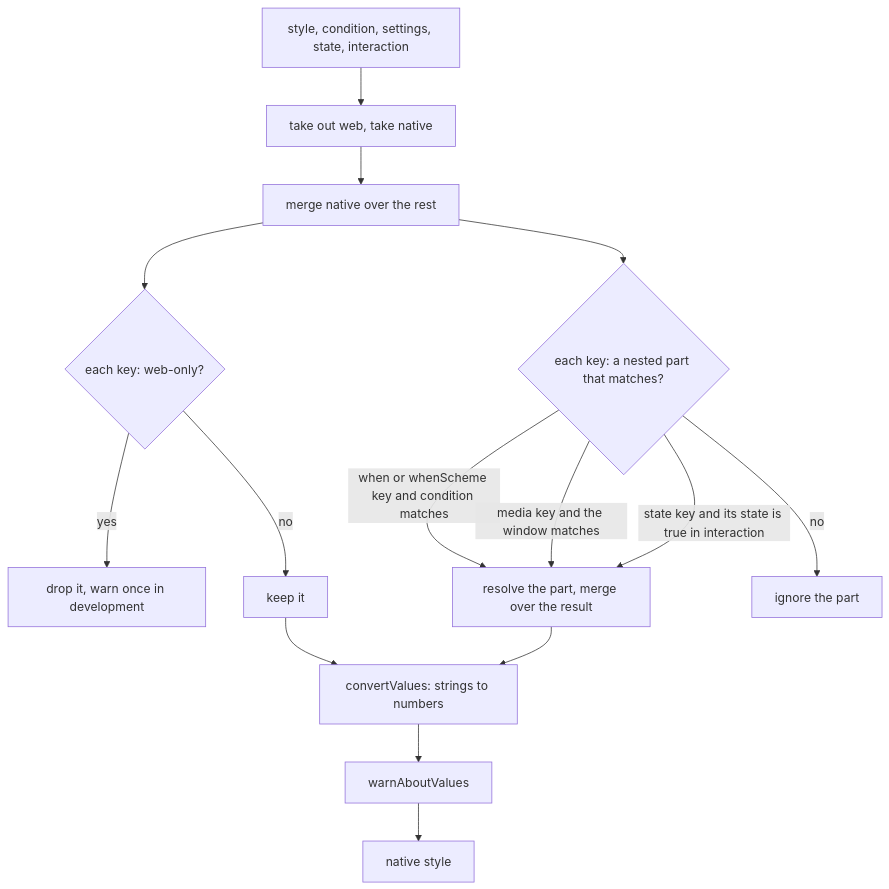
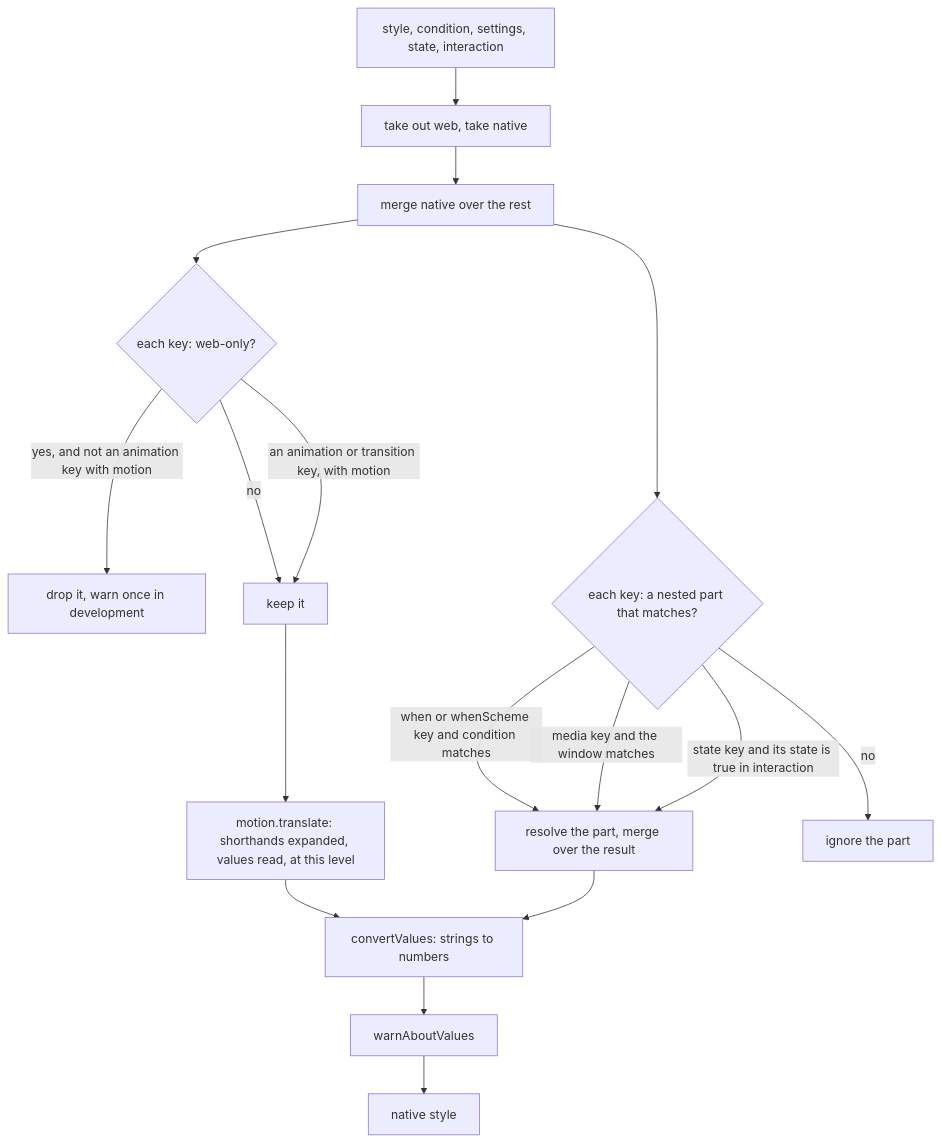
One commit to soroush-tech/umber-style changed the diagram in packages/react-native/src/toNativeStyle.md. Above: the diagram before and after it, drawn with Mermaid. The commit also changed other lines of this file and 93 other files, not shown here.

````diff
--- a/packages/react-native/src/toNativeStyle.md
+++ b/packages/react-native/src/toNativeStyle.md
@@ -19,17 +21,20 @@
 ```mermaid
 flowchart TD
   s["style, condition, settings, state, interaction"] --> split["take out web, take native"]
   split --> merge["merge native over the rest"]
   merge --> web{"each key: web-only?"}
-  web -->|"yes"| drop["drop it, warn once in development"]
+  web -->|"yes, and not an animation key with motion"| drop["drop it, warn once in development"]
   web -->|"no"| keep["keep it"]
+  web -->|"an animation or transition key, with motion"| keep
+  keep --> translateNode["motion.translate: shorthands expanded, values read, at this level"]
+  translateNode --> conv
   merge --> part{"each key: a nested part that matches?"}
   part -->|"when or whenScheme key and condition matches"| apply["resolve the part, merge over the result"]
   part -->|"media key and the window matches"| apply
   part -->|"state key and its state is true in interaction"| apply
   part -->|"no"| skip["ignore the part"]
-  keep --> conv["convertValues: strings to numbers"]
+  conv["convertValues: strings to numbers"]
   apply --> conv
   conv --> warn["warnAboutValues"]
   warn --> out["native style"]
 ```
````
